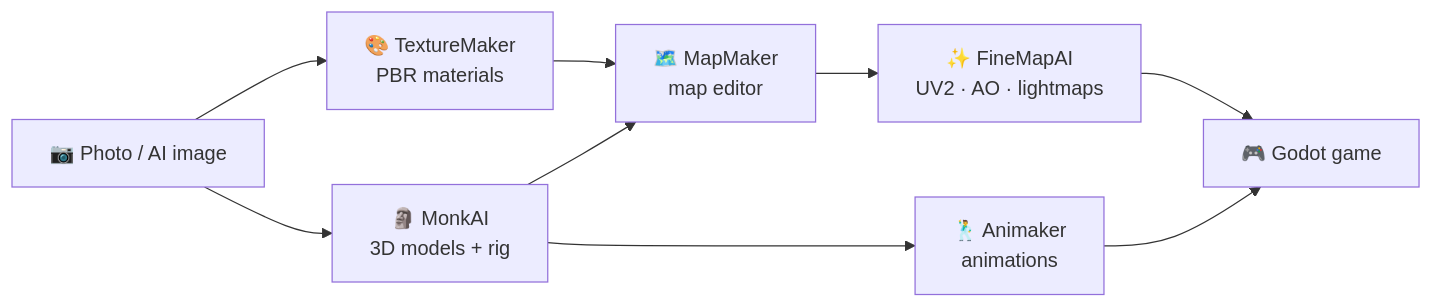
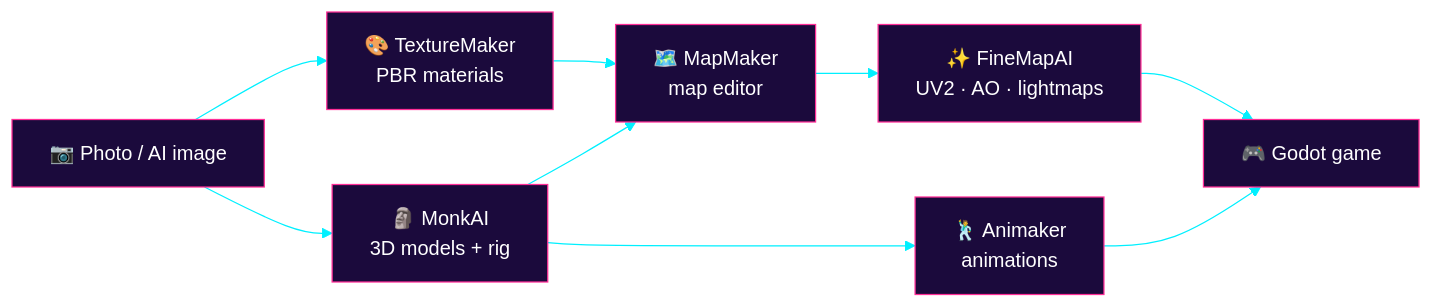
Before and after one commit to HattoriLoL/HattoriLoL: the diagram in README.md, drawn with Mermaid. The commit also changed other lines of this file and 2 other files, not shown here.

````diff
--- a/README.md
+++ b/README.md
@@ -33,11 +37,12 @@
 ```mermaid
+%%{init: {'theme':'base','themeVariables':{'primaryColor':'#1b0a3c','primaryTextColor':'#ffffff','primaryBorderColor':'#ff2e97','lineColor':'#00f0ff','fontFamily':'monospace'}}}%%
 flowchart LR
     A["📷 Photo / AI image"] --> T["🎨 TextureMaker<br/>PBR materials"]
     A --> M["🗿 MonkAI<br/>3D models + rig"]
     M --> N["🕺 Animaker<br/>animations"]
     T --> P["🗺️ MapMaker<br/>map editor"]
     M --> P
     P --> F["✨ FineMapAI<br/>UV2 · AO · lightmaps"]
     F --> G["🎮 Godot game"]
     N --> G
 ```
````
